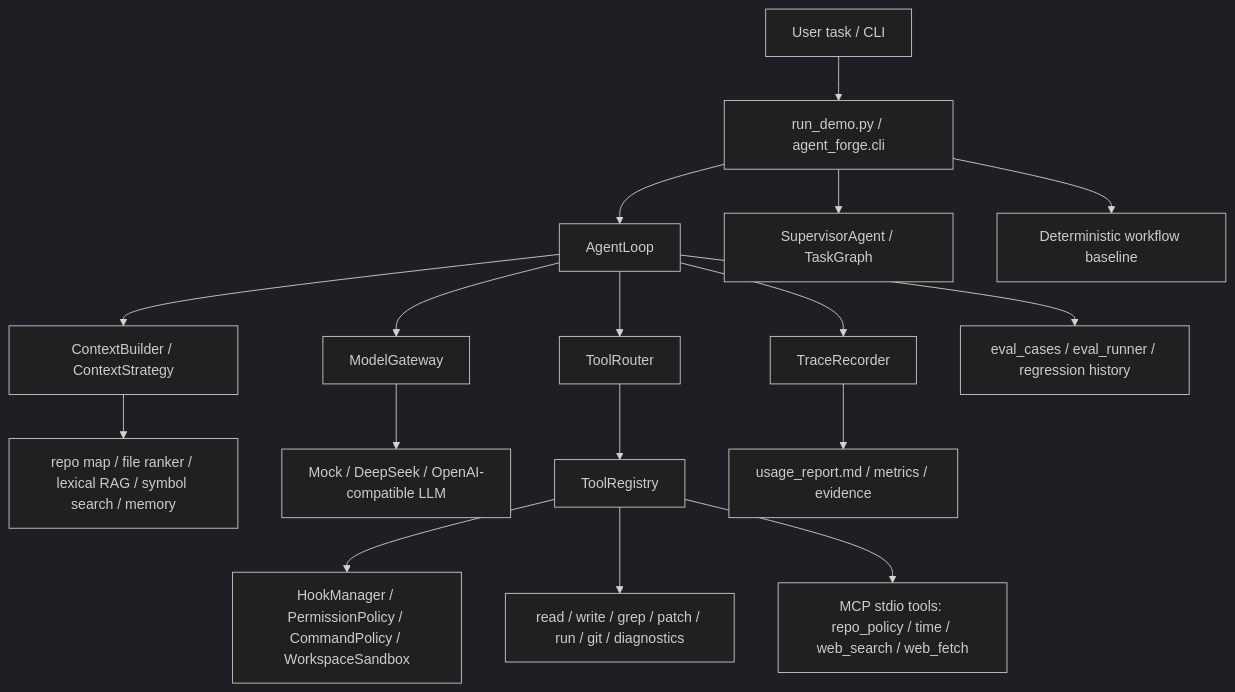
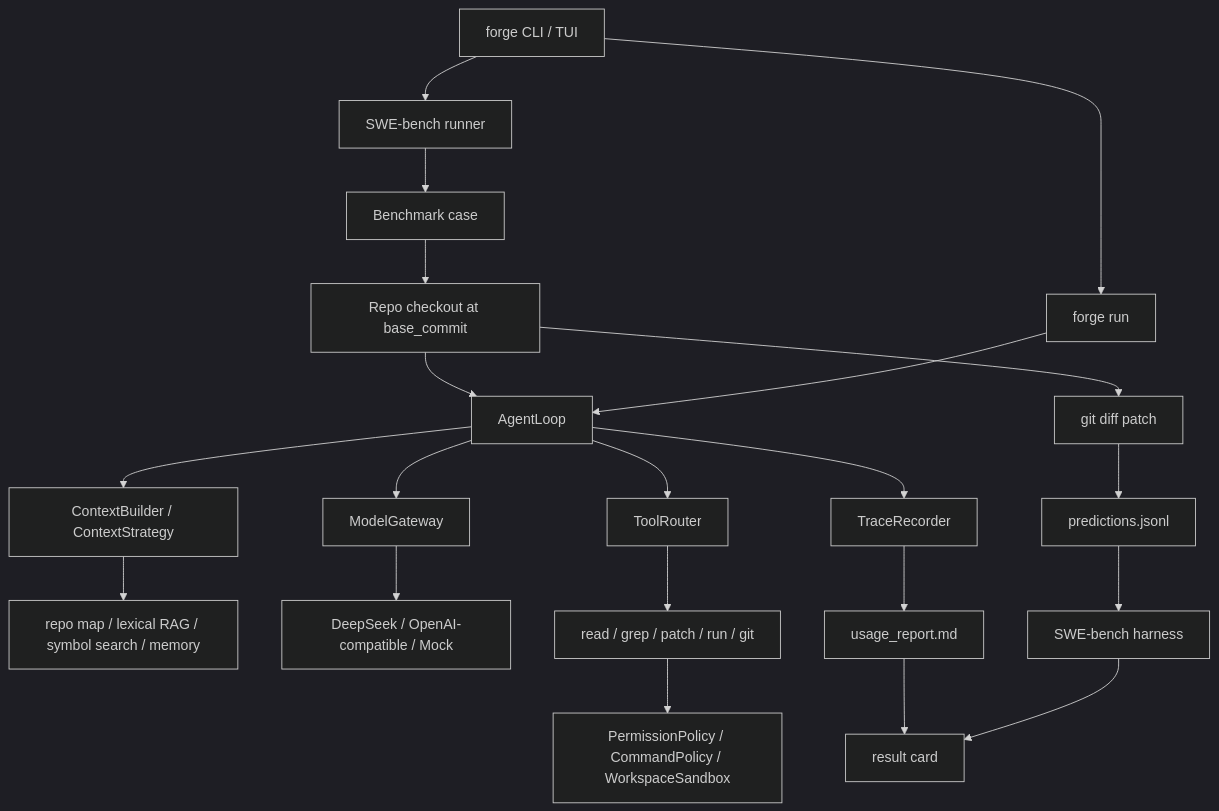
The diagram in README.md (semi-hollow/NanoHarness), drawn with Mermaid (dark theme) before and after one commit. The commit also changed other lines of this file and 165 other files, not shown here.

Commit message:
Refocus Agent Forge on SWE-bench benchmark loop

````diff
--- a/README.md
+++ b/README.md
@@ -16,20 +143,23 @@
 ```mermaid
 flowchart TD
-    User["User task / CLI"] --> CLI["run_demo.py / agent_forge.cli"]
-    CLI --> Loop["AgentLoop"]
-    CLI --> Supervisor["SupervisorAgent / TaskGraph"]
-    CLI --> Workflow["Deterministic workflow baseline"]
-
+    CLI["forge CLI / TUI"] --> Bench["SWE-bench runner"]
+    Bench --> Case["Benchmark case"]
+    Case --> Checkout["Repo checkout at base_commit"]
+    CLI --> Run["forge run"]
+    Checkout --> Loop["AgentLoop"]
+    Run --> Loop
     Loop --> Context["ContextBuilder / ContextStrategy"]
-    Context --> Retrieval["repo map / file ranker / lexical RAG / symbol search / memory"]
+    Context --> Retrieval["repo map / lexical RAG / symbol search / memory"]
     Loop --> Gateway["ModelGateway"]
-    Gateway --> LLM["Mock / DeepSeek / OpenAI-compatible LLM"]
+    Gateway --> LLM["DeepSeek / OpenAI-compatible / Mock"]
     Loop --> Router["ToolRouter"]
-    Router --> Registry["ToolRegistry"]
-    Registry --> Safety["HookManager / PermissionPolicy / CommandPolicy / WorkspaceSandbox"]
-    Registry --> Tools["read / write / grep / patch / run / git / diagnostics"]
-    Registry --> MCP["MCP stdio tools: repo_policy / time / web_search / web_fetch"]
+    Router --> Tools["read / grep / patch / run / git"]
+    Tools --> Safety["PermissionPolicy / CommandPolicy / WorkspaceSandbox"]
     Loop --> Trace["TraceRecorder"]
-    Trace --> Usage["usage_report.md / metrics / evidence"]
-    Loop --> Eval["eval_cases / eval_runner / regression history"]
+    Trace --> Usage["usage_report.md"]
+    Checkout --> Patch["git diff patch"]
+    Patch --> Predictions["predictions.jsonl"]
+    Predictions --> Eval["SWE-bench harness"]
+    Usage --> Report["result card"]
+    Eval --> Report
 ```
````
